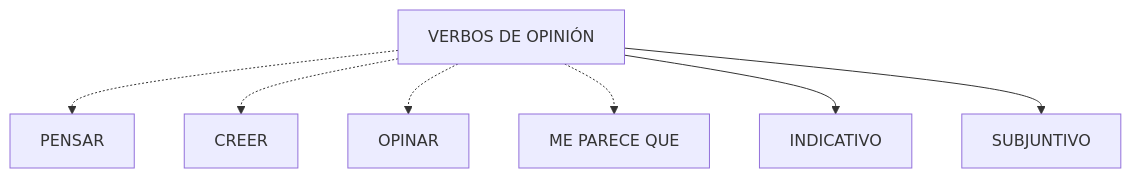
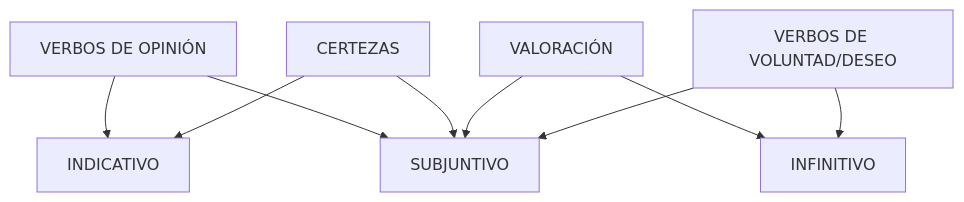
The first of 2 diagrams in test.md (bibenga/docker-django-play), drawn with Mermaid before and after one commit.

````diff
--- a/test.md
+++ b/test.md
@@ -3,11 +3,18 @@
 ```mermaid
 flowchart
     OPINIÓN[VERBOS DE OPINIÓN]
-    OPINIÓN -.-> PENSAR
-    OPINIÓN -.-> CREER
-    OPINIÓN -.-> OPINAR
-    OPINIÓN -.-> MEPARECEQUE[ME PARECE QUE]
-    
     OPINIÓN --> INDICATIVO
     OPINIÓN --> SUBJUNTIVO
+    
+    CERTEZAS
+    CERTEZAS --> INDICATIVO
+    CERTEZAS --> SUBJUNTIVO
+    
+    VALORACIÓN
+    VALORACIÓN --> INFINITIVO
+    VALORACIÓN --> SUBJUNTIVO
+
+    DESEO[VERBOS DE VOLUNTAD/DESEO]
+    DESEO --> INFINITIVO
+    DESEO --> SUBJUNTIVO
 ```
````
